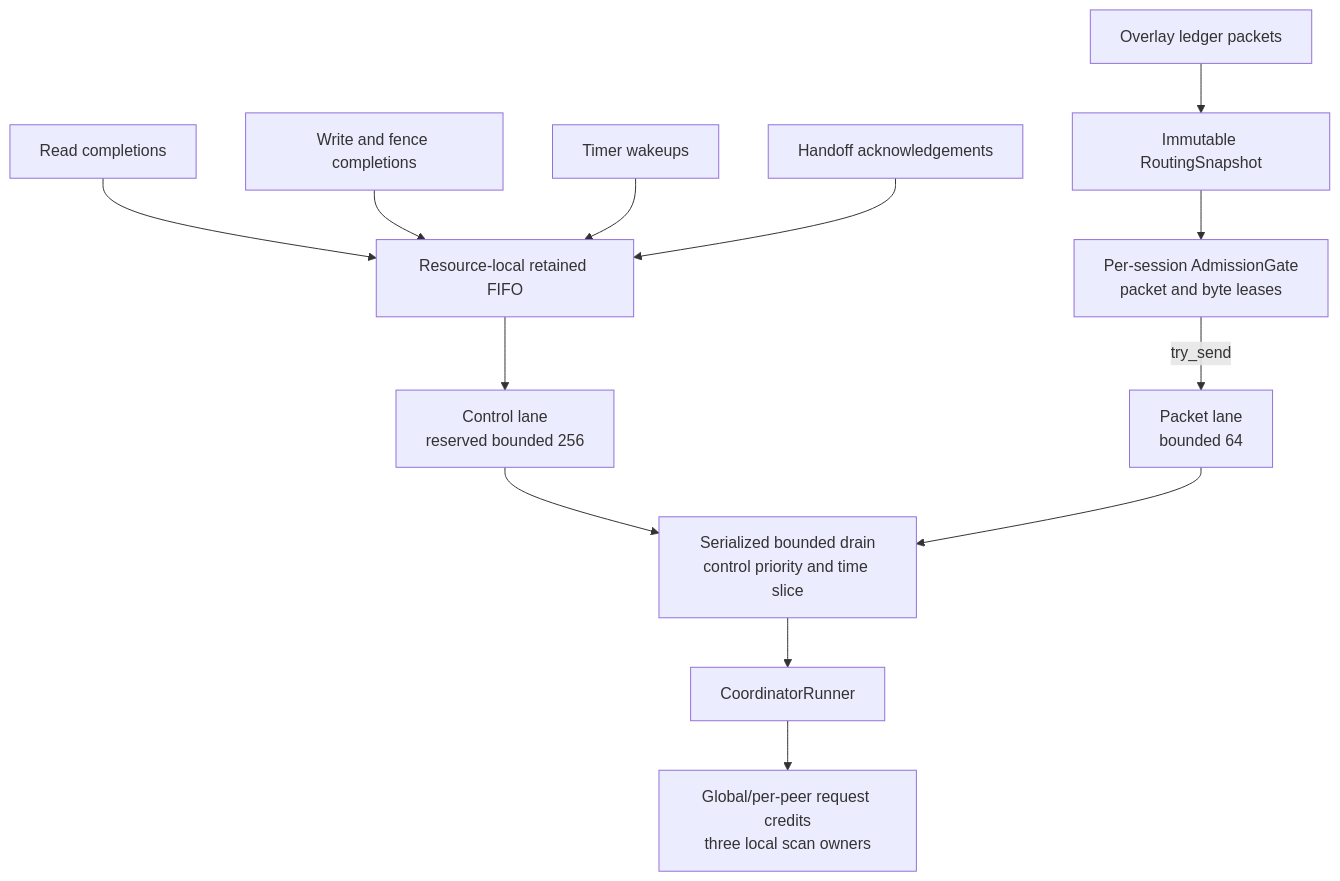
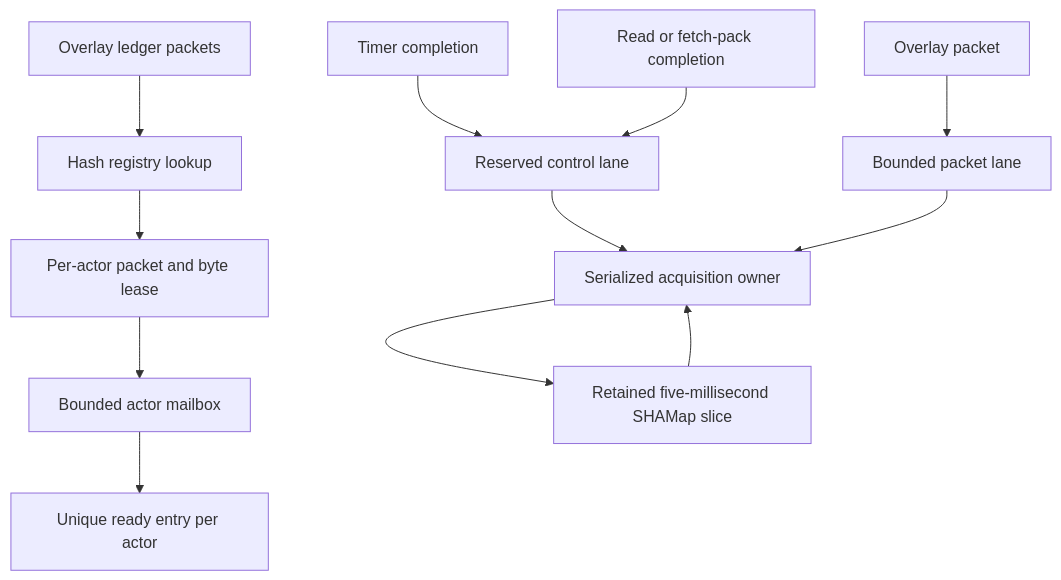
The eighth of 10 diagrams in docs/ACQUISITION.md (TusharPardhe/quaxar), drawn with Mermaid before and after one commit. The commit also changed other lines of this file and 204 other files, not shown here.

````diff
--- a/docs/ACQUISITION.md
+++ b/docs/ACQUISITION.md
@@ -341,17 +316,14 @@
 ```mermaid
 flowchart TB
-    OVERLAY[Overlay ledger packets] --> ROUTE[Immutable RoutingSnapshot]
-    ROUTE --> GATE[Per-session AdmissionGate<br/>packet and byte leases]
-    GATE -->|try_send| PACKET[Packet lane<br/>bounded 64]
-
-    READS[Read completions] --> RETAIN[Resource-local retained FIFO]
-    WRITES[Write and fence completions] --> RETAIN
-    TIMERS[Timer wakeups] --> RETAIN
-    HANDOFF[Handoff acknowledgements] --> RETAIN
-    RETAIN --> CONTROL[Control lane<br/>reserved bounded 256]
-
-    CONTROL --> DRAIN[Serialized bounded drain<br/>control priority and time slice]
-    PACKET --> DRAIN
-    DRAIN --> RUNNER[CoordinatorRunner]
-    RUNNER --> OUT[Global/per-peer request credits<br/>three local scan owners]
+    OVERLAY[Overlay ledger packets] --> LOOKUP[Hash registry lookup]
+    LOOKUP --> GATE[Per-actor packet and byte lease]
+    GATE --> MAILBOX[Bounded actor mailbox]
+    MAILBOX --> READY[Unique ready entry per actor]
+    TIMEOUT[Timer completion] --> QUEUE[Reserved control lane]
+    READ[Read or fetch-pack completion] --> QUEUE
+    PACKET[Overlay packet] --> PACKETS[Bounded packet lane]
+    QUEUE --> OWNER[Serialized acquisition owner]
+    PACKETS --> OWNER
+    OWNER --> SLICE[Retained five-millisecond SHAMap slice]
+    SLICE --> OWNER
 ```
````
